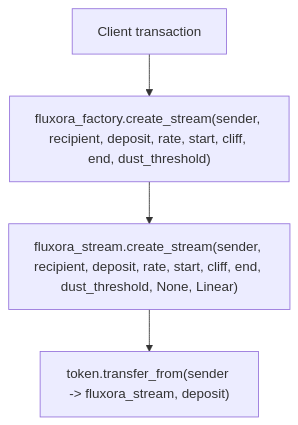
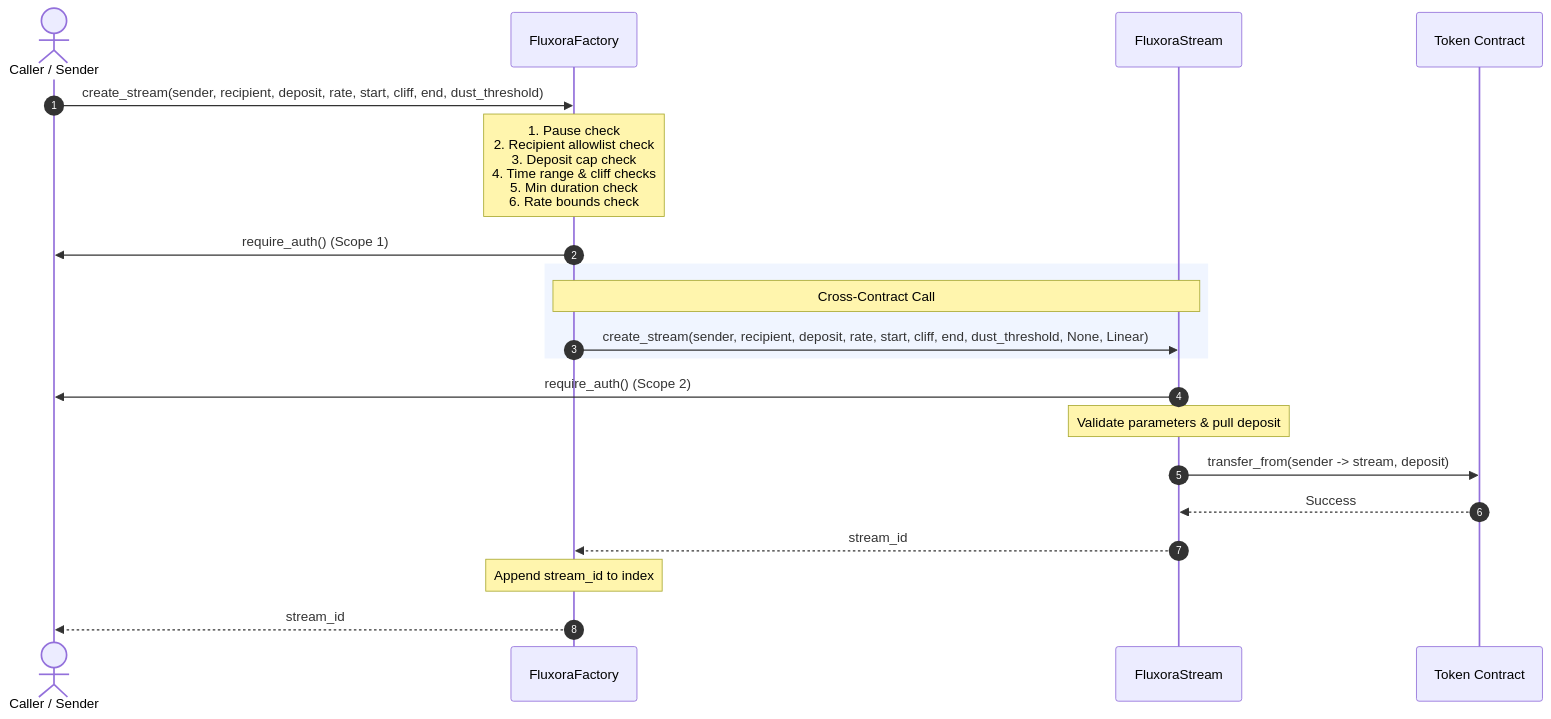
The diagram in docs/factory.md (Fluxora-Org/Fluxora-Contracts), drawn with Mermaid before and after one commit. The commit also changed other lines of this file, not shown here.

Commit message:
docs(factory): document deployment topology and policy bootstrap order

````diff
--- a/docs/factory.md
+++ b/docs/factory.md
@@ -74,11 +154,26 @@
 ```mermaid
-flowchart TD
-    client[Client transaction]
-    factory["fluxora_factory.create_stream(sender, recipient, deposit, rate, start, cliff, end, dust_threshold)"]
-    stream["fluxora_stream.create_stream(sender, recipient, deposit, rate, start, cliff, end, dust_threshold, None, Linear)"]
-    token["token.transfer_from(sender -> fluxora_stream, deposit)"]
+sequenceDiagram
+    autonumber
+    actor Caller as Caller / Sender
+    participant Factory as FluxoraFactory
+    participant Stream as FluxoraStream
+    participant Token as Token Contract
 
-    client --> factory
-    factory --> stream
-    stream --> token
+    Caller->>Factory: create_stream(sender, recipient, deposit, rate, start, cliff, end, dust_threshold)
+    Note over Factory: 1. Pause check<br/>2. Recipient allowlist check<br/>3. Deposit cap check<br/>4. Time range & cliff checks<br/>5. Min duration check<br/>6. Rate bounds check
+    Factory->>Caller: require_auth() (Scope 1)
+    
+    rect rgb(240, 245, 255)
+        Note over Factory, Stream: Cross-Contract Call
+        Factory->>Stream: create_stream(sender, recipient, deposit, rate, start, cliff, end, dust_threshold, None, Linear)
+    end
+    
+    Stream->>Caller: require_auth() (Scope 2)
+    Note over Stream: Validate parameters & pull deposit
+    
+    Stream->>Token: transfer_from(sender -> stream, deposit)
+    Token-->>Stream: Success
+    Stream-->>Factory: stream_id
+    Note over Factory: Append stream_id to index
+    Factory-->>Caller: stream_id
 ```
````
